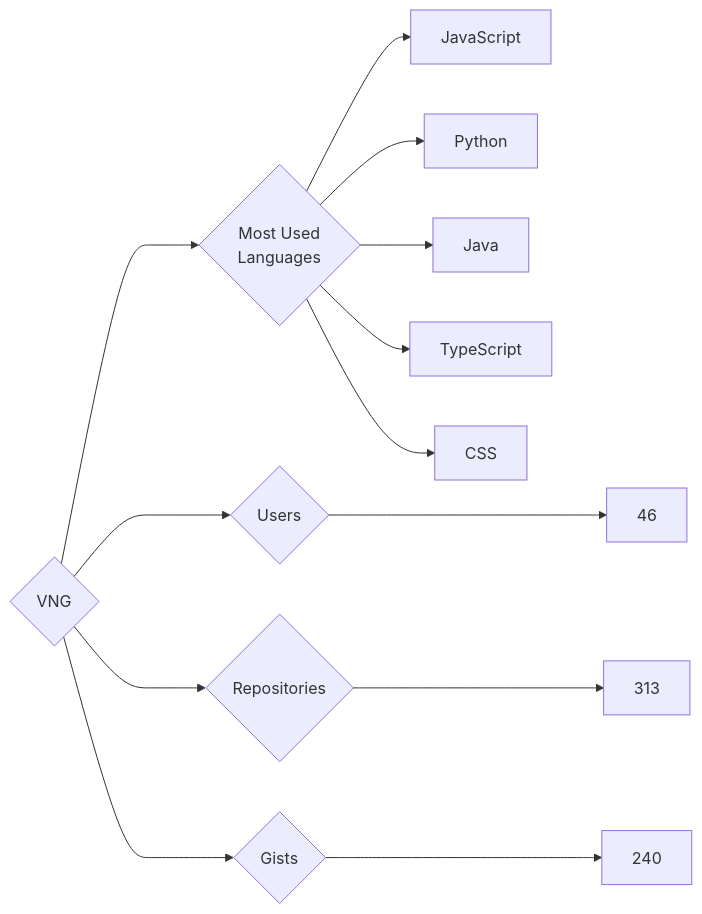
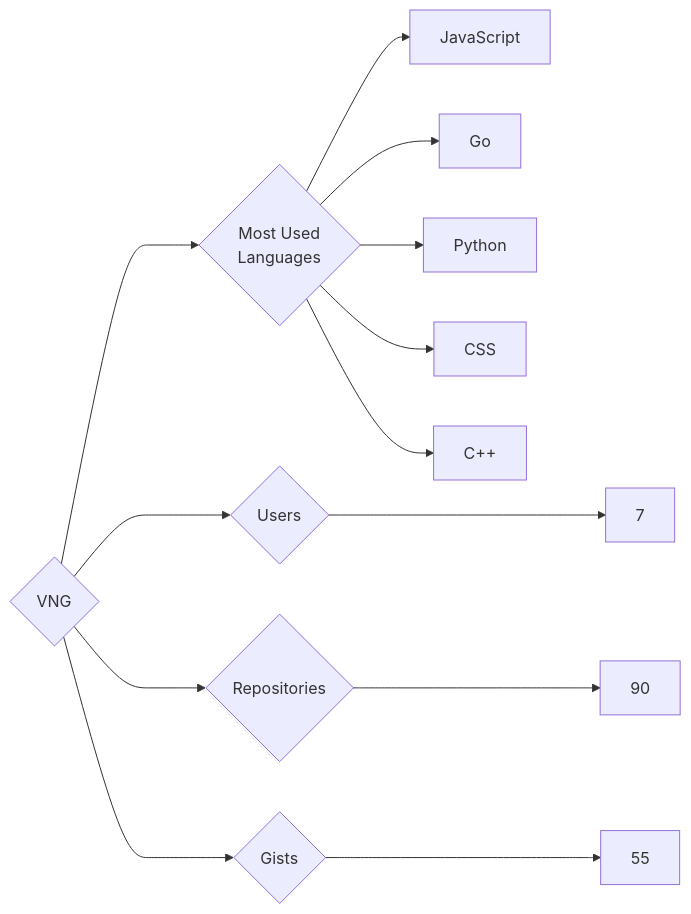
One commit to trickest/insiders changed the diagram in targets/VNG/README.md. Above: the diagram before and after it, drawn with Mermaid. The commit also changed 878 other files, not shown here.

````diff
--- a/targets/VNG/README.md
+++ b/targets/VNG/README.md
@@ -3,13 +3,13 @@
 ```mermaid
 graph LR
 COMPANY_NAME{VNG}
-COMPANY_NAME ---> U{Users} ---> UN[46]
-COMPANY_NAME ---> R{Repositories} ---> RN[313]
-COMPANY_NAME ---> G{Gists} ---> GN[240]
+COMPANY_NAME ---> U{Users} ---> UN[7]
+COMPANY_NAME ---> R{Repositories} ---> RN[90]
+COMPANY_NAME ---> G{Gists} ---> GN[55]
 COMPANY_NAME ---> ML{Most Used<br>Languages}
 ML --> JavaScript[JavaScript]
+ML --> Go[Go]
 ML --> Python[Python]
-ML --> Java[Java]
-ML --> TypeScript[TypeScript]
 ML --> CSS[CSS]
+ML --> C++[C++]
 ```
````
